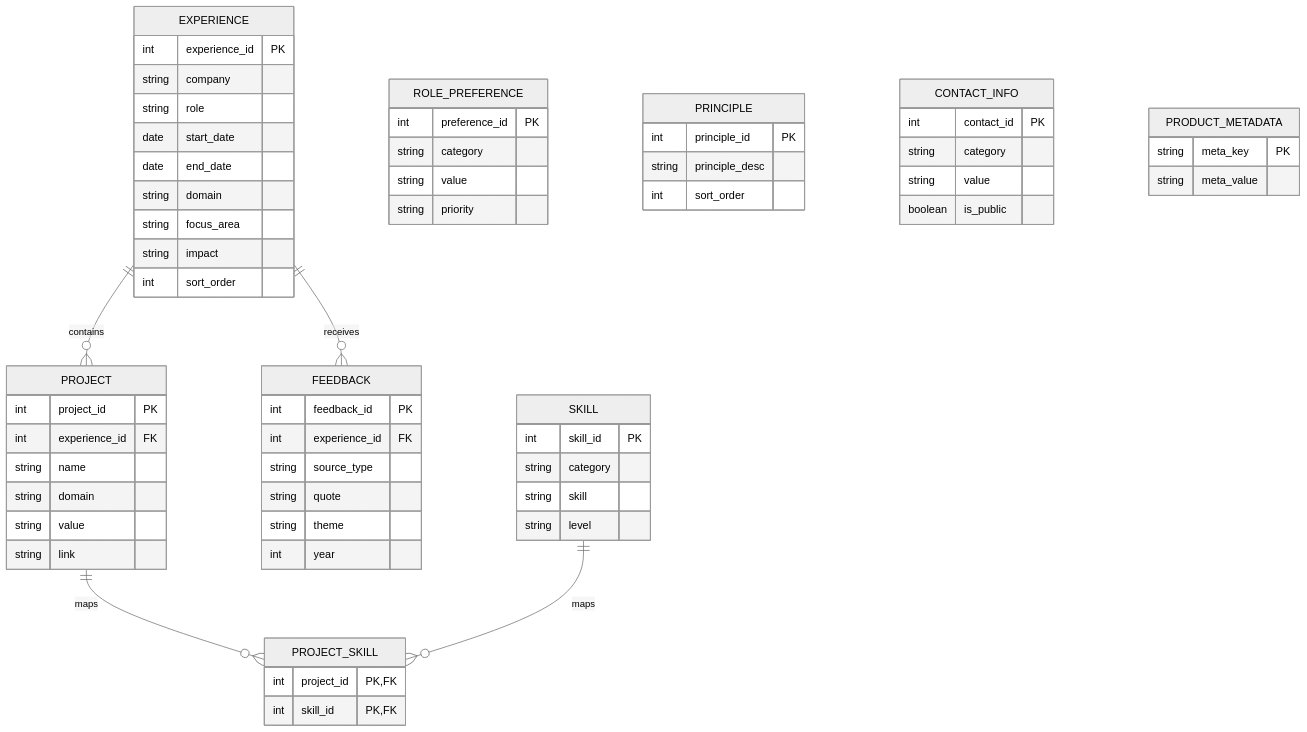
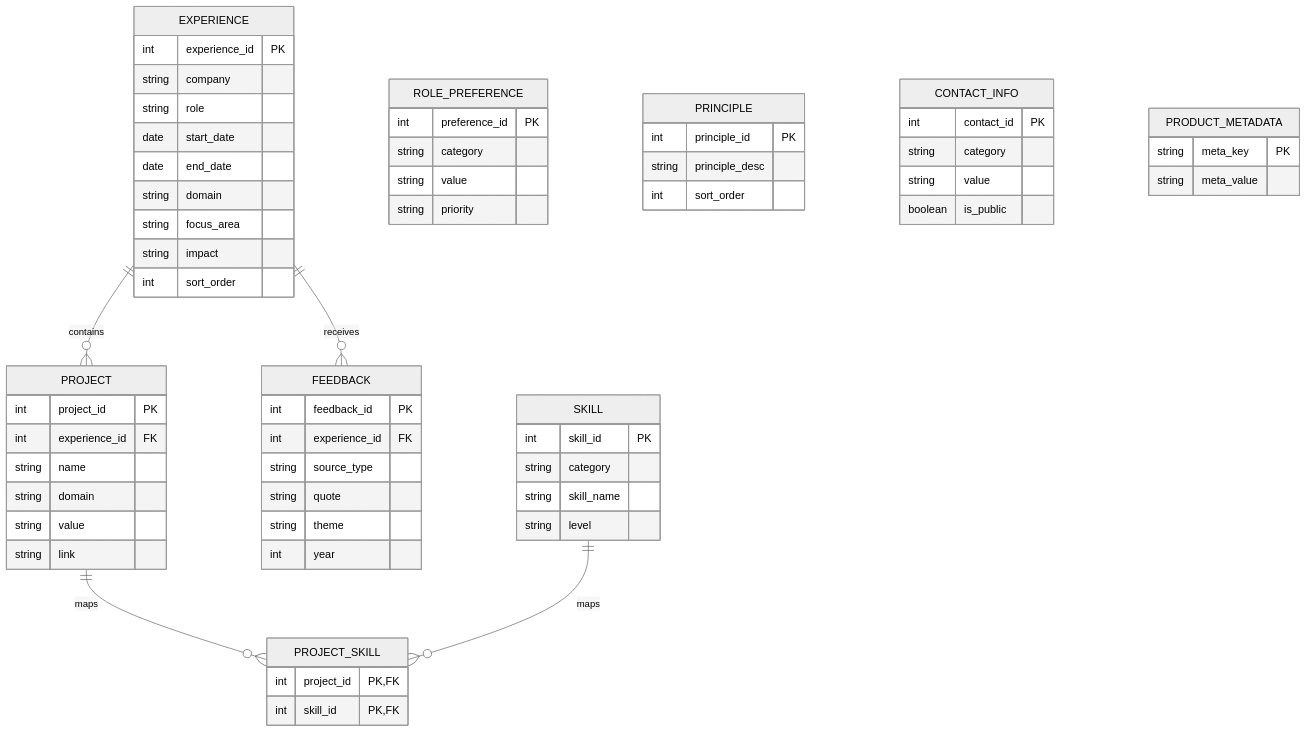
Before and after one commit to AnthonyIlluzzi/Human-Data-Product: the diagram in documentation/schema.md, drawn with Mermaid. The commit also changed other lines of this file, not shown here.

First line of the commit message:
Update schema.md

````diff
--- a/documentation/schema.md
+++ b/documentation/schema.md
@@ -25,75 +25,75 @@
 ```mermaid
 %%{init: {'theme':'neutral'}}%%
 erDiagram
   EXPERIENCE ||--o{ PROJECT : contains
   EXPERIENCE ||--o{ FEEDBACK : receives
   PROJECT ||--o{ PROJECT_SKILL : maps
   SKILL ||--o{ PROJECT_SKILL : maps
 
   EXPERIENCE {
     int     experience_id PK
     string  company
     string  role
     date    start_date
     date    end_date
     string  domain
     string  focus_area
     string  impact
     int     sort_order
   }
 
   PROJECT {
     int     project_id PK
     int     experience_id FK
     string  name
     string  domain
     string  value
     string  link
   }
 
   SKILL {
     int     skill_id PK
     string  category
-    string  skill
+    string  skill_name
     string  level
   }
 
   PROJECT_SKILL {
     int     project_id PK, FK
     int     skill_id   PK, FK
   }
 
   FEEDBACK {
     int     feedback_id PK
     int     experience_id FK
     string  source_type
     string  quote
     string  theme
     int     year
   }
 
   ROLE_PREFERENCE {
     int     preference_id PK
     string  category
     string  value
     string  priority
   }
 
   PRINCIPLE {
     int     principle_id PK
     string  principle_desc
     int     sort_order
   }
 
   CONTACT_INFO {
     int     contact_id PK
     string  category
     string  value
     boolean is_public
   }
 
   PRODUCT_METADATA {
     string  meta_key PK
     string  meta_value
   }
 ```
````
